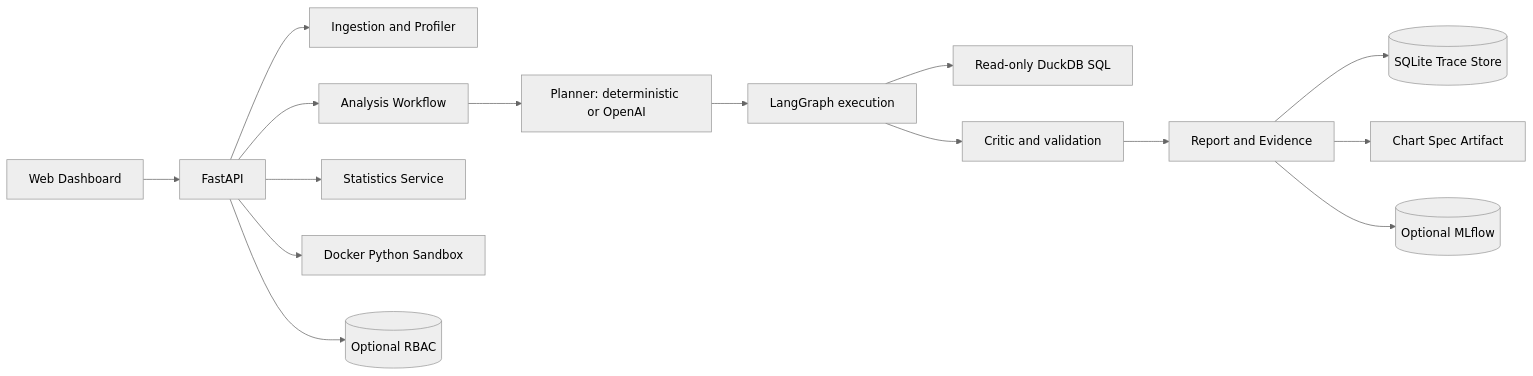
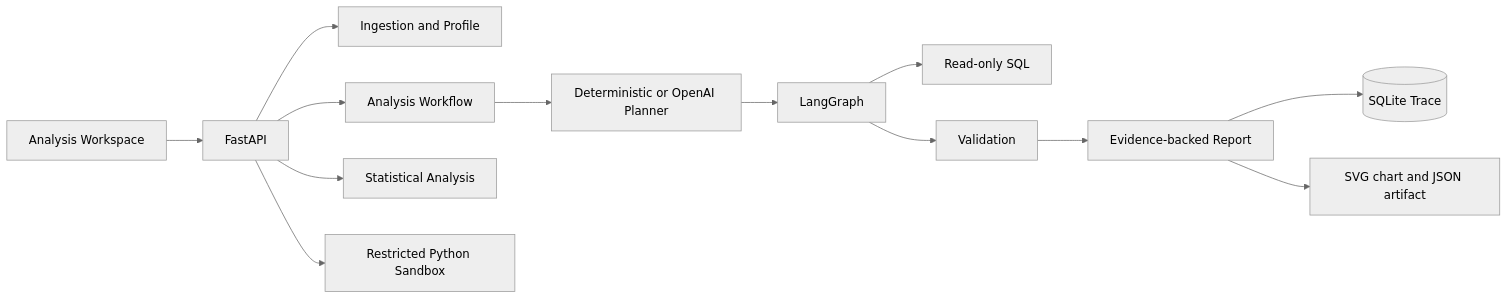
The diagram in README.md (Maliq-dlt/Insightforge), drawn with Mermaid (neutral theme) before and after one commit. The commit also changed other lines of this file and 34 other files, not shown here.

````diff
--- a/README.md
+++ b/README.md
@@ -90,17 +89,15 @@
 ```mermaid
 flowchart LR
-    UI[Web Dashboard] --> API[FastAPI]
-    API --> INGEST[Ingestion and Profiler]
+    UI[Analysis Workspace] --> API[FastAPI]
+    API --> INGEST[Ingestion and Profile]
     API --> FLOW[Analysis Workflow]
-    FLOW --> PLAN[Planner: deterministic or OpenAI]
-    PLAN --> GRAPH[LangGraph execution]
-    GRAPH --> SQL[Read-only DuckDB SQL]
-    GRAPH --> CRITIC[Critic and validation]
-    CRITIC --> REPORT[Report and Evidence]
-    REPORT --> TRACE[(SQLite Trace Store)]
-    REPORT --> ARTIFACT[Chart Spec Artifact]
-    API --> STATS[Statistics Service]
-    API --> PYTHON[Docker Python Sandbox]
-    REPORT --> MLFLOW[(Optional MLflow)]
-    API --> AUTH[(Optional RBAC)]
+    FLOW --> PLAN[Deterministic or OpenAI Planner]
+    PLAN --> GRAPH[LangGraph]
+    GRAPH --> SQL[Read-only SQL]
+    GRAPH --> CRITIC[Validation]
+    CRITIC --> REPORT[Evidence-backed Report]
+    REPORT --> TRACE[(SQLite Trace)]
+    REPORT --> CHART[SVG chart and JSON artifact]
+    API --> STATS[Statistical Analysis]
+    API --> PYTHON[Restricted Python Sandbox]
 ```
````
